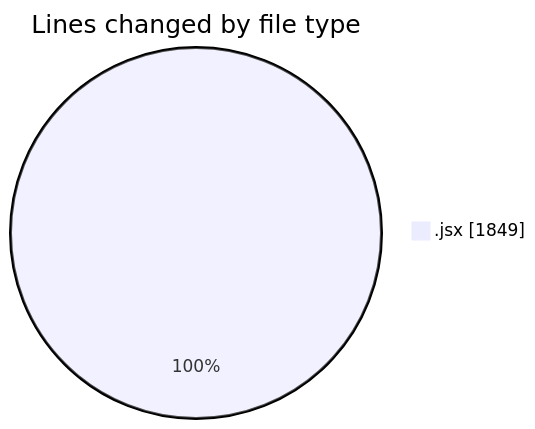
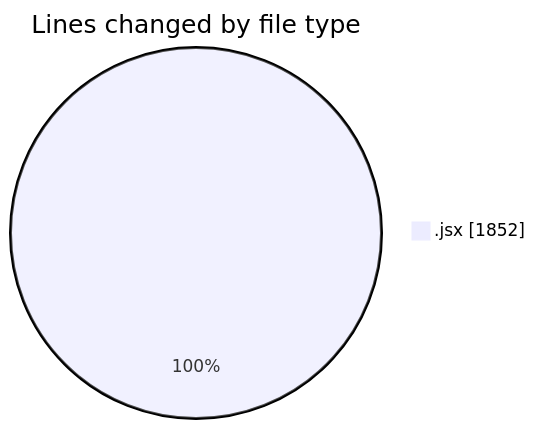
One commit to nxtqubesakshisongat/code-tracking changed the first of 2 diagrams in 2025-05-07/nxtqube_webapp/README.md. Above: the diagram before and after it, drawn with Mermaid. The commit also changed other lines of this file and 1 other file, not shown here.

````diff
--- a/2025-05-07/nxtqube_webapp/README.md
+++ b/2025-05-07/nxtqube_webapp/README.md
@@ -20,5 +20,5 @@
 ```mermaid
 pie showData
 title Lines changed by file type
-".jsx" : 1849
+".jsx" : 1852
 ```
````
